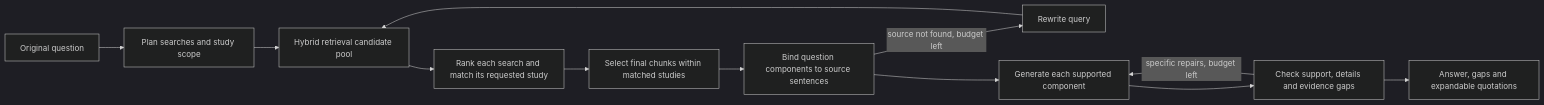
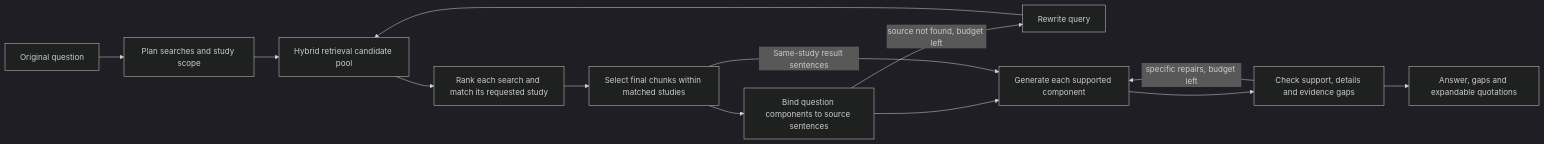
One commit to lijingshan-6/medrag-agent changed the diagram in docs/agent-workflow.md. Above: the diagram before and after it, drawn with Mermaid (dark theme). The commit also changed other lines of this file and 60 other files, not shown here.

````diff
--- a/docs/agent-workflow.md
+++ b/docs/agent-workflow.md
@@ -7,14 +7,15 @@
 ```mermaid
 flowchart LR
   Q[Original question] --> P[Plan searches and study scope]
   P --> R[Hybrid retrieval candidate pool]
   R --> S[Rank each search and match its requested study]
   S --> K[Select final chunks within matched studies]
   K --> G[Bind question components to source sentences]
   G -->|source not found, budget left| W[Rewrite query]
   W --> R
   G --> A[Generate each supported component]
+  K -->|Same-study result sentences| A
   A --> C[Check support, details and evidence gaps]
   C -->|specific repairs, budget left| A
   C --> F[Answer, gaps and expandable quotations]
 ```
````
